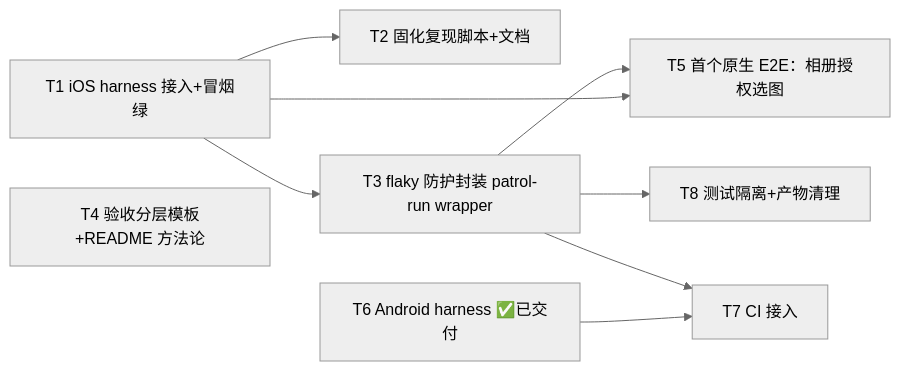
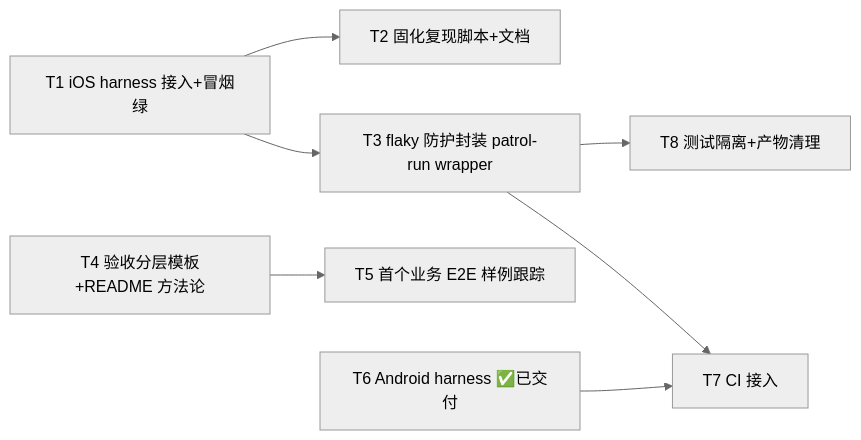
The diagram in specs/active/e2e-harness/tasks.md (cr1992/DayZ), drawn with Mermaid (neutral theme) before and after one commit. The commit also changed other lines of this file and 10 other files, not shown here.

````diff
--- a/specs/active/e2e-harness/tasks.md
+++ b/specs/active/e2e-harness/tasks.md
@@ -13,12 +13,11 @@
 ```mermaid
 graph LR
   T1[T1 iOS harness 接入+冒烟绿] --> T2[T2 固化复现脚本+文档]
   T1 --> T3[T3 flaky 防护封装 patrol-run wrapper]
   T4[T4 验收分层模板+README 方法论]
-  T3 --> T5[T5 首个原生 E2E：相册授权选图]
-  T1 --> T5
+  T4 --> T5[T5 首个业务 E2E 样例跟踪]
   T3 --> T8[T8 测试隔离+产物清理]
   T6[T6 Android harness ✅已交付]
   T3 --> T7[T7 CI 接入]
   T6 --> T7
 ```
````
